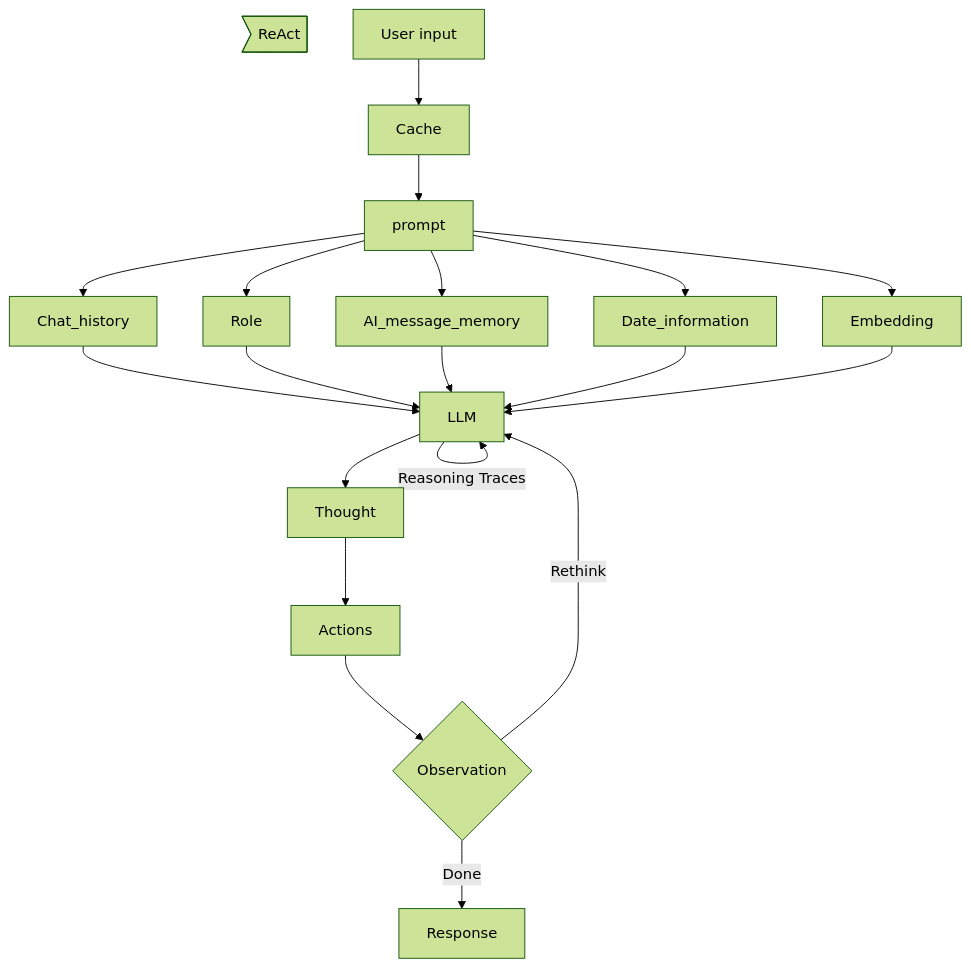
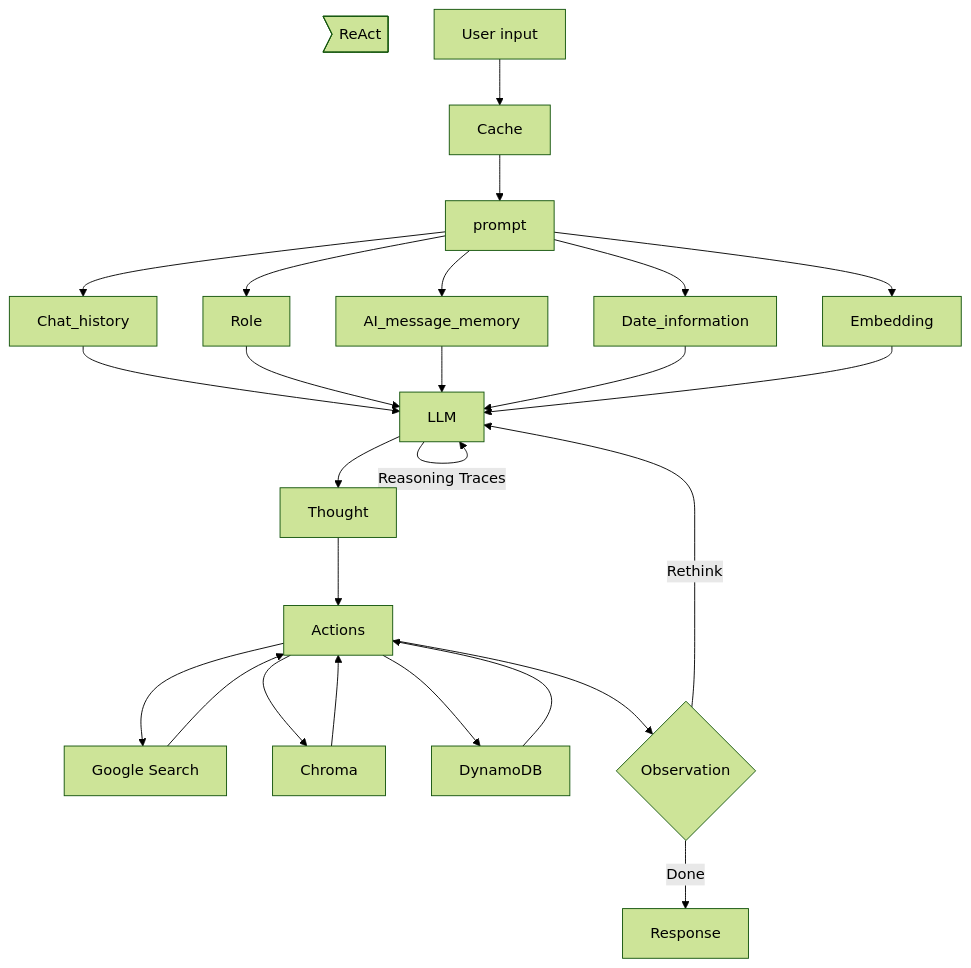
Before and after one commit to R06942143/chatgpt-server: the diagram in README.md, drawn with Mermaid (forest theme).

Commit message:
docs: update ReAct model architecture

````diff
--- a/README.md
+++ b/README.md
@@ -3,22 +3,29 @@
 ```mermaid
 graph TD
     label>ReAct]
     A[User input] --> Cache[Cache]
     Cache --> B[prompt]
     B --> Chat_history[Chat_history]
     B --> Role[Role]
     B --> AI_message_memory[AI_message_memory]
     B --> Date_information[Date_information]
     B --> Embedding[Embedding]
     Chat_history --> D[LLM]
     Role --> D
     AI_message_memory --> D
     Date_information --> D
     Embedding --> D
     D -->|Reasoning Traces| D
     D --> E[Thought]
     E --> F[Actions]
+    F --> Google[Google Search]
+    Google[Google Search] --> F
+    F --> Vector[Chroma]
+    Vector[Chroma] --> F
+    F --> DynamoDB[DynamoDB]
+    DynamoDB[DynamoDB] --> F
     F --> G{Observation}
     G -->|Done| H[Response]
     G -->|Rethink| D
+
 ```
````
